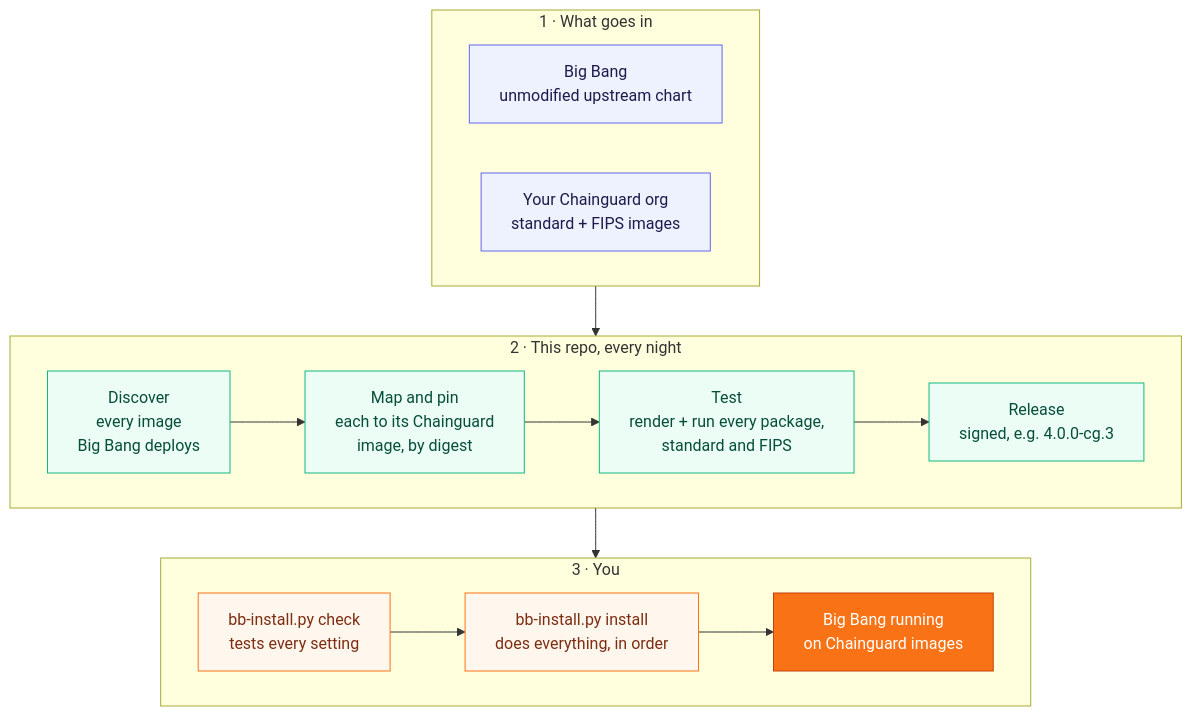
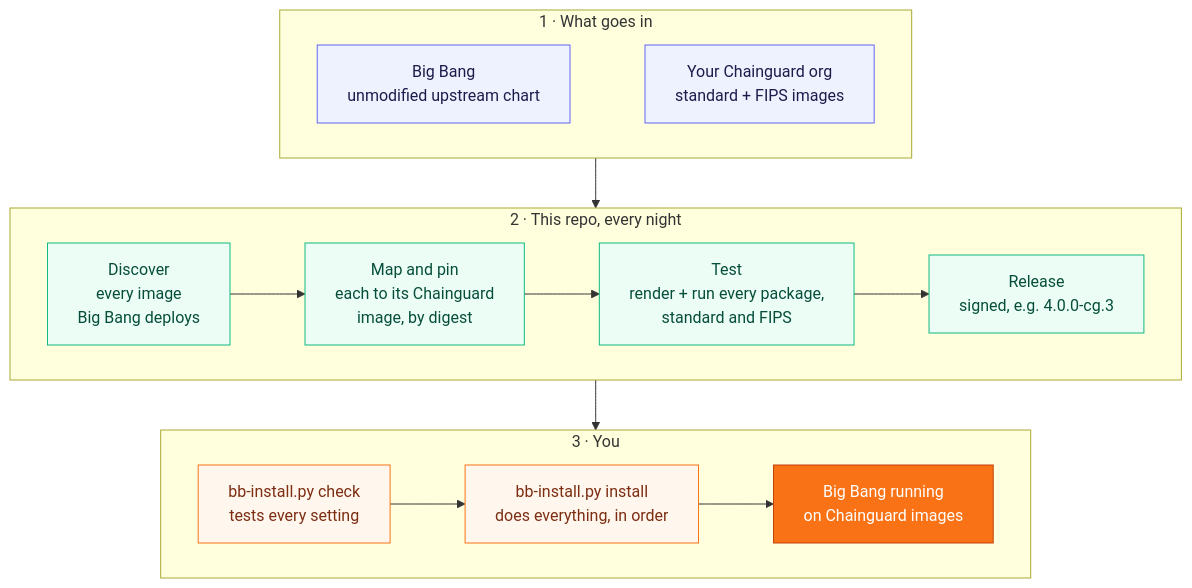
One commit to Zapata-Technology/bigbang-chainguard changed the diagram in README.md. Above: the diagram before and after it, drawn with Mermaid.

Commit message:
README diagram: inputs side by side
Claude-Session: https://claude.ai/code/session_01W8WaG9xXTzLHWzgQ1H9QUq

````diff
--- a/README.md
+++ b/README.md
@@ -9,32 +9,33 @@
 ```mermaid
 flowchart TB
     subgraph IN["1 · What goes in"]
         direction LR
         BB["Big Bang<br/>unmodified upstream chart"]
         CG["Your Chainguard org<br/>standard + FIPS images"]
+        BB ~~~ CG
     end
 
     subgraph REPO["2 · This repo, every night"]
         direction LR
         D["Discover<br/>every image<br/>Big Bang deploys"] --> M["Map and pin<br/>each to its Chainguard<br/>image, by digest"]
         M --> T["Test<br/>render + run every package,<br/>standard and FIPS"]
         T --> R["Release<br/>signed, e.g. 4.0.0-cg.3"]
     end
 
     subgraph YOU["3 · You"]
         direction LR
         C["bb-install.py check<br/>tests every setting"] --> I["bb-install.py install<br/>does everything, in order"]
         I --> K["Big Bang running<br/>on Chainguard images"]
     end
 
     IN --> REPO --> YOU
 
     classDef input fill:#eef2ff,stroke:#6366f1,color:#1e1b4b
     classDef step fill:#ecfdf5,stroke:#10b981,color:#064e3b
     classDef you fill:#fff7ed,stroke:#f97316,color:#7c2d12
     classDef done fill:#f97316,stroke:#c2410c,color:#ffffff
     class BB,CG input
     class D,M,T,R step
     class C,I you
     class K done
 ```
````
